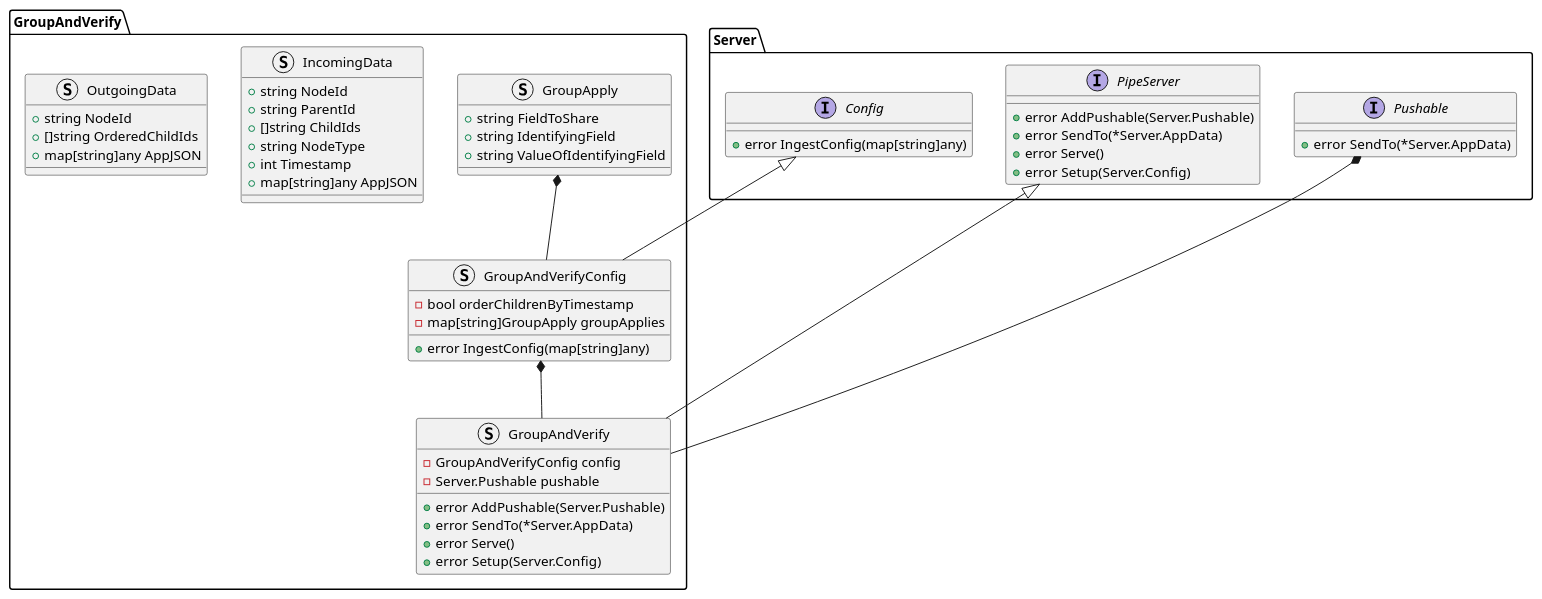
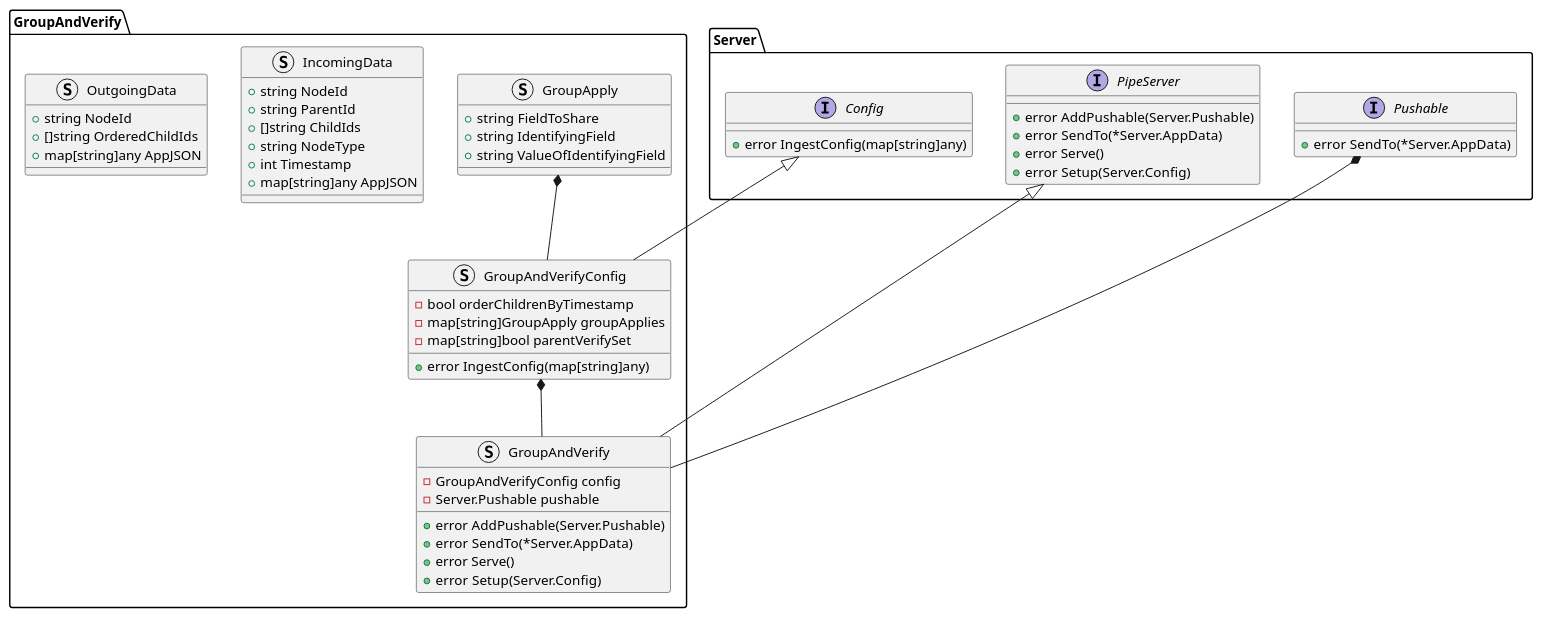
One commit to xtuml/otel2pv changed the diagram in docs/design_notes/DN3_Group_And_Verify/class_diagram.puml. Above: the diagram before and after it, drawn with PlantUML. The commit also changed 5 other files, not shown here.

```diff
--- a/docs/design_notes/DN3_Group_And_Verify/class_diagram.puml
+++ b/docs/design_notes/DN3_Group_And_Verify/class_diagram.puml
@@ -1,55 +1,56 @@
 @startuml
 interface Server.Config {
     +error IngestConfig(map[string]any)
 }
 interface Server.PipeServer {
     +error AddPushable(Server.Pushable)
     +error SendTo(*Server.AppData)
     +error Serve()
     +error Setup(Server.Config)
 }
 interface Server.Pushable {
     +error SendTo(*Server.AppData)
 }
 
 namespace GroupAndVerify {
     struct GroupApply {
         +string FieldToShare
         +string IdentifyingField
         +string ValueOfIdentifyingField
     } 
 
     struct GroupAndVerifyConfig {
         -bool orderChildrenByTimestamp
         -map[string]GroupApply groupApplies
+        -map[string]bool parentVerifySet
         +error IngestConfig(map[string]any)
     }
     struct GroupAndVerify {
         -GroupAndVerifyConfig config
         -Server.Pushable pushable
         +error AddPushable(Server.Pushable)
         +error SendTo(*Server.AppData)
         +error Serve()
         +error Setup(Server.Config)
     }
     struct IncomingData {
         +string NodeId
         +string ParentId
         +[]string ChildIds
         +string NodeType
         +int Timestamp
         +map[string]any AppJSON
     }
     struct OutgoingData {
         +string NodeId
         +[]string OrderedChildIds
         +map[string]any AppJSON
     }
 }
 
 Server.PipeServer <|-- GroupAndVerify.GroupAndVerify
 Server.Pushable *-- GroupAndVerify.GroupAndVerify
 Server.Config <|-- GroupAndVerify.GroupAndVerifyConfig
 GroupAndVerify.GroupApply *-- GroupAndVerify.GroupAndVerifyConfig
 GroupAndVerify.GroupAndVerifyConfig *-- GroupAndVerify.GroupAndVerify
 @enduml
```
